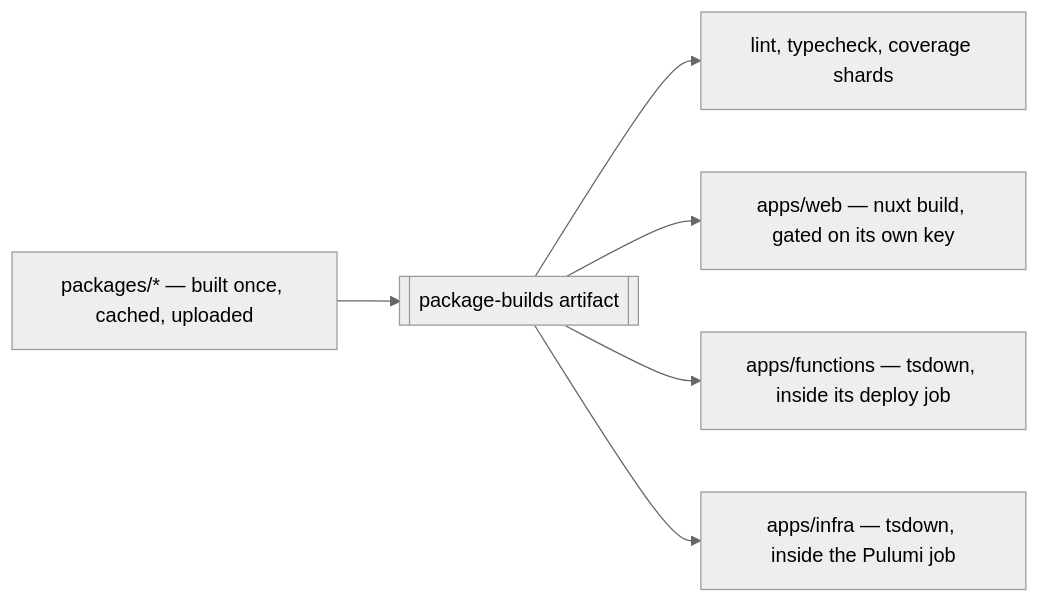
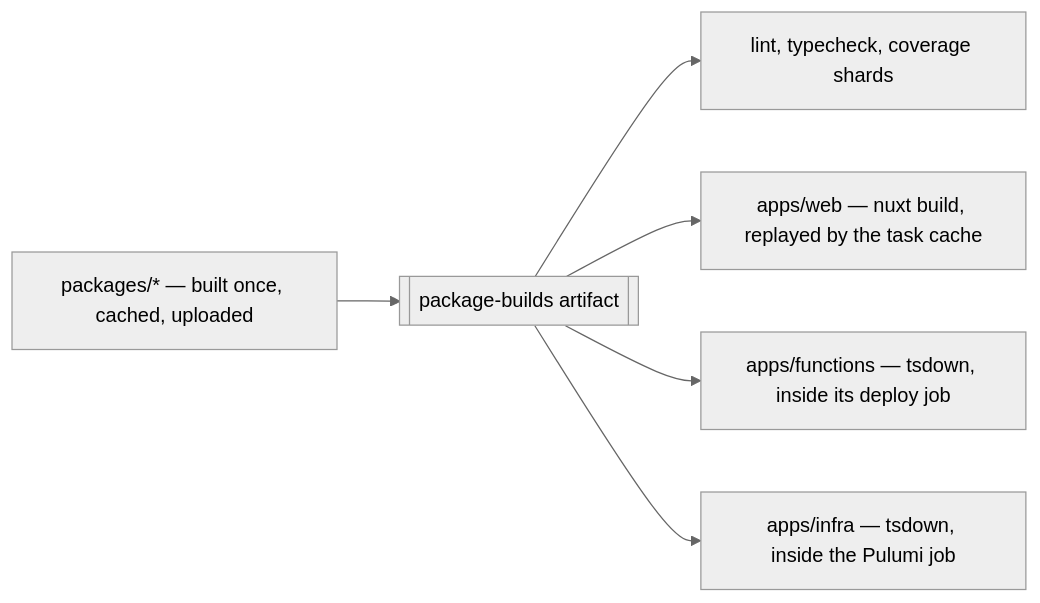
Before and after one commit to Esposter/Esposter: the first of 2 diagrams in apps/web/content/docs/architecture/monorepo-tooling.md, drawn with Mermaid (neutral theme). The commit also changed other lines of this file and 23 other files, not shown here.

````diff
--- a/apps/web/content/docs/architecture/monorepo-tooling.md
+++ b/apps/web/content/docs/architecture/monorepo-tooling.md
@@ -21,8 +21,8 @@
 ```mermaid
 flowchart LR
   P["packages/* — built once, cached, uploaded"] --> A[["package-builds artifact"]]
   A --> CH["lint, typecheck, coverage shards"]
-  A --> W["apps/web — nuxt build, gated on its own key"]
+  A --> W["apps/web — nuxt build, replayed by the task cache"]
   A --> F["apps/functions — tsdown, inside its deploy job"]
   A --> I["apps/infra — tsdown, inside the Pulumi job"]
 ```
````
